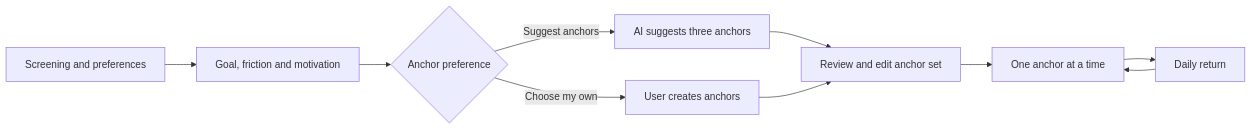
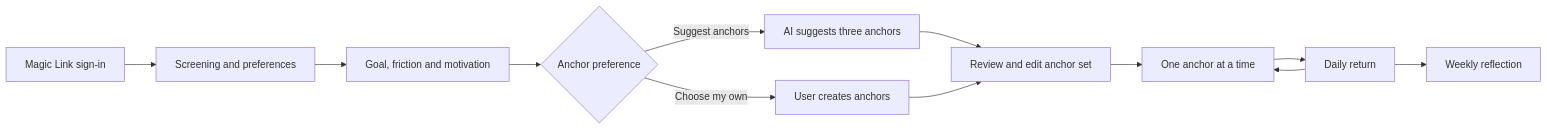
One commit to nadira-busse/fenela changed the first of 2 diagrams in architecture/architecture-overview.md. Above: the diagram before and after it, drawn with Mermaid. The commit also changed other lines of this file and 47 other files, not shown here.

````diff
--- a/architecture/architecture-overview.md
+++ b/architecture/architecture-overview.md
@@ -22,21 +23,25 @@
 ```mermaid
 flowchart LR
+    Auth["Magic Link sign-in"]
     Screening["Screening and preferences"]
     Goal["Goal, friction and motivation"]
     Choice{"Anchor preference"}
     AI["AI suggests three anchors"]
     Manual["User creates anchors"]
     Review["Review and edit anchor set"]
     Coaching["One anchor at a time"]
     Return["Daily return"]
+    Reflection["Weekly reflection"]
 
+    Auth --> Screening
     Screening --> Goal
     Goal --> Choice
     Choice -->|Suggest anchors| AI
     Choice -->|Choose my own| Manual
     AI --> Review
     Manual --> Review
     Review --> Coaching
     Coaching --> Return
     Return --> Coaching
+    Return --> Reflection
 ```
````
